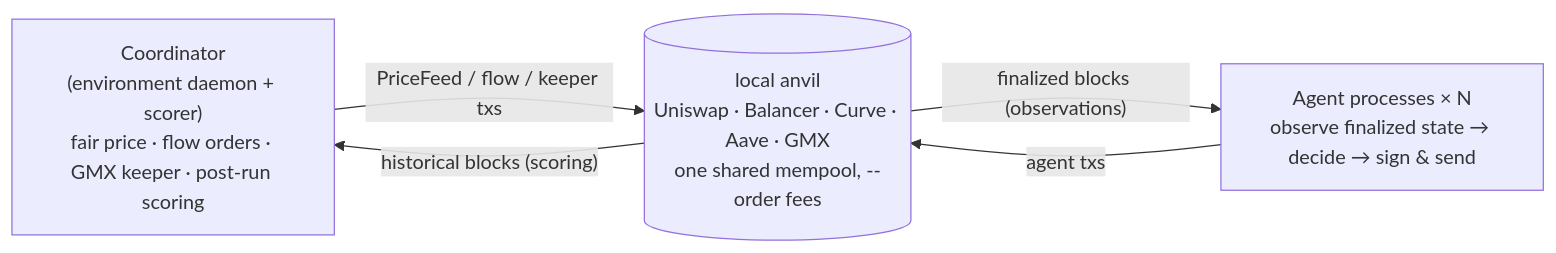
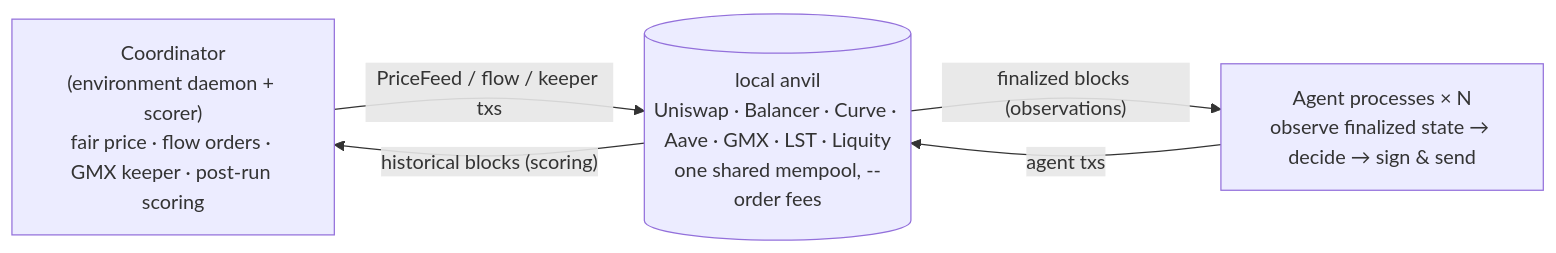
One commit to NyxFoundation/eris-agent-simulator changed the diagram in README.md. Above: the diagram before and after it, drawn with Mermaid. The commit also changed other lines of this file and 13 other files, not shown here.

````diff
--- a/README.md
+++ b/README.md
@@ -29,10 +29,10 @@
 ```mermaid
 flowchart LR
   COORD["Coordinator<br/>(environment daemon + scorer)<br/>fair price · flow orders · GMX keeper · post-run scoring"]
-  ANVIL[("local anvil<br/>Uniswap · Balancer · Curve · Aave · GMX<br/>one shared mempool, --order fees")]
+  ANVIL[("local anvil<br/>Uniswap · Balancer · Curve · Aave · GMX · LST · Liquity<br/>one shared mempool, --order fees")]
   AG["Agent processes × N<br/>observe finalized state → decide → sign & send"]
   COORD -- "PriceFeed / flow / keeper txs" --> ANVIL
   AG -- "agent txs" --> ANVIL
   ANVIL -- "finalized blocks (observations)" --> AG
   ANVIL -- "historical blocks (scoring)" --> COORD
 ```
````
